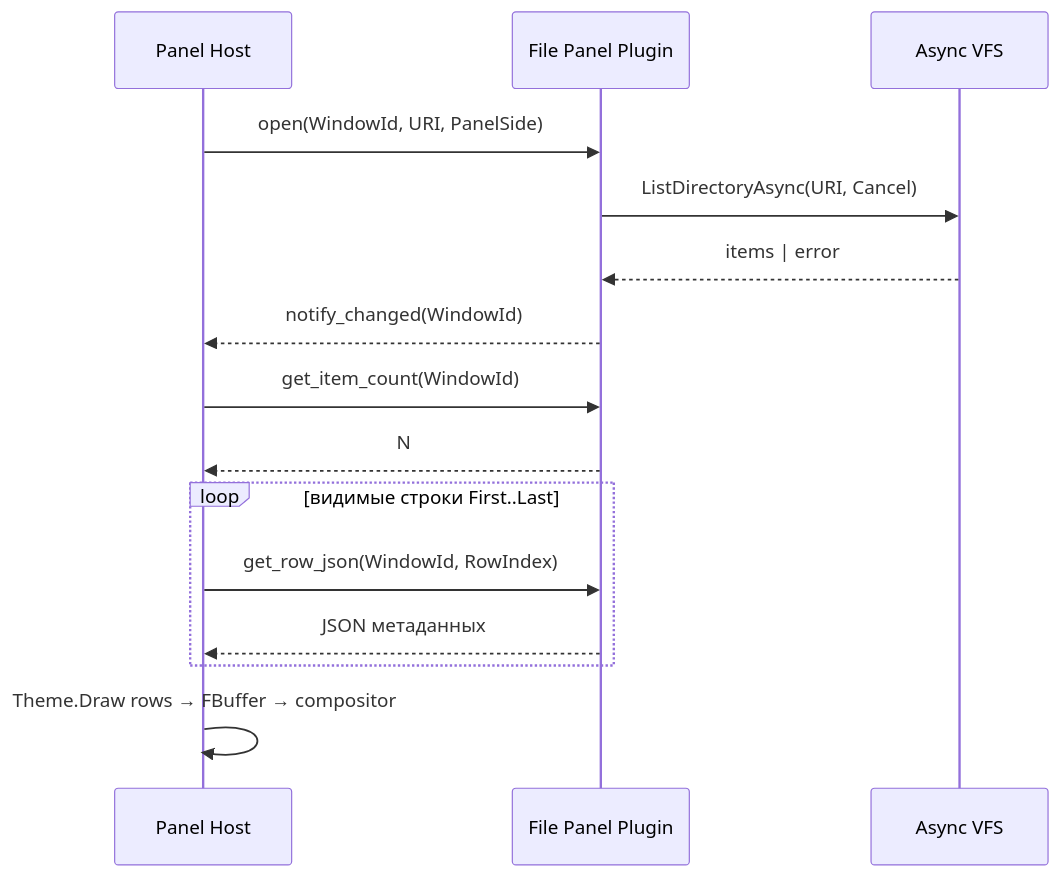
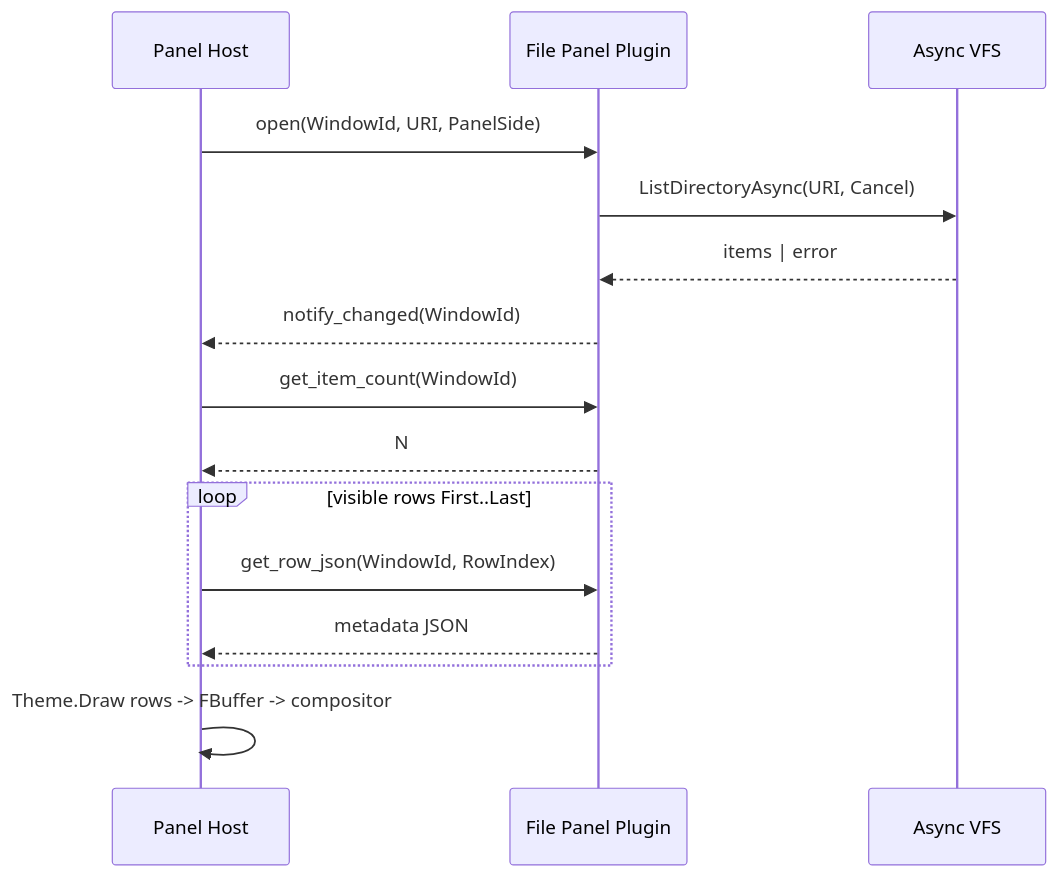
Before and after one commit to Laex/MTN2: the first of 2 diagrams in docs/PANEL_PLUGIN.md, drawn with Mermaid. The commit also changed other lines of this file and 120 other files, not shown here.

````diff
--- a/docs/PANEL_PLUGIN.md
+++ b/docs/PANEL_PLUGIN.md
@@ -45,18 +47,18 @@
 ```mermaid
 sequenceDiagram
     participant Host as Panel Host
     participant Plug as File Panel Plugin
     participant VFS as Async VFS
 
     Host->>Plug: open(WindowId, URI, PanelSide)
     Plug->>VFS: ListDirectoryAsync(URI, Cancel)
     VFS-->>Plug: items | error
     Plug-->>Host: notify_changed(WindowId)
     Host->>Plug: get_item_count(WindowId)
     Plug-->>Host: N
-    loop видимые строки First..Last
+    loop visible rows First..Last
         Host->>Plug: get_row_json(WindowId, RowIndex)
-        Plug-->>Host: JSON метаданных
+        Plug-->>Host: metadata JSON
     end
-    Host->>Host: Theme.Draw rows → FBuffer → compositor
+    Host->>Host: Theme.Draw rows -> FBuffer -> compositor
 ```
````
